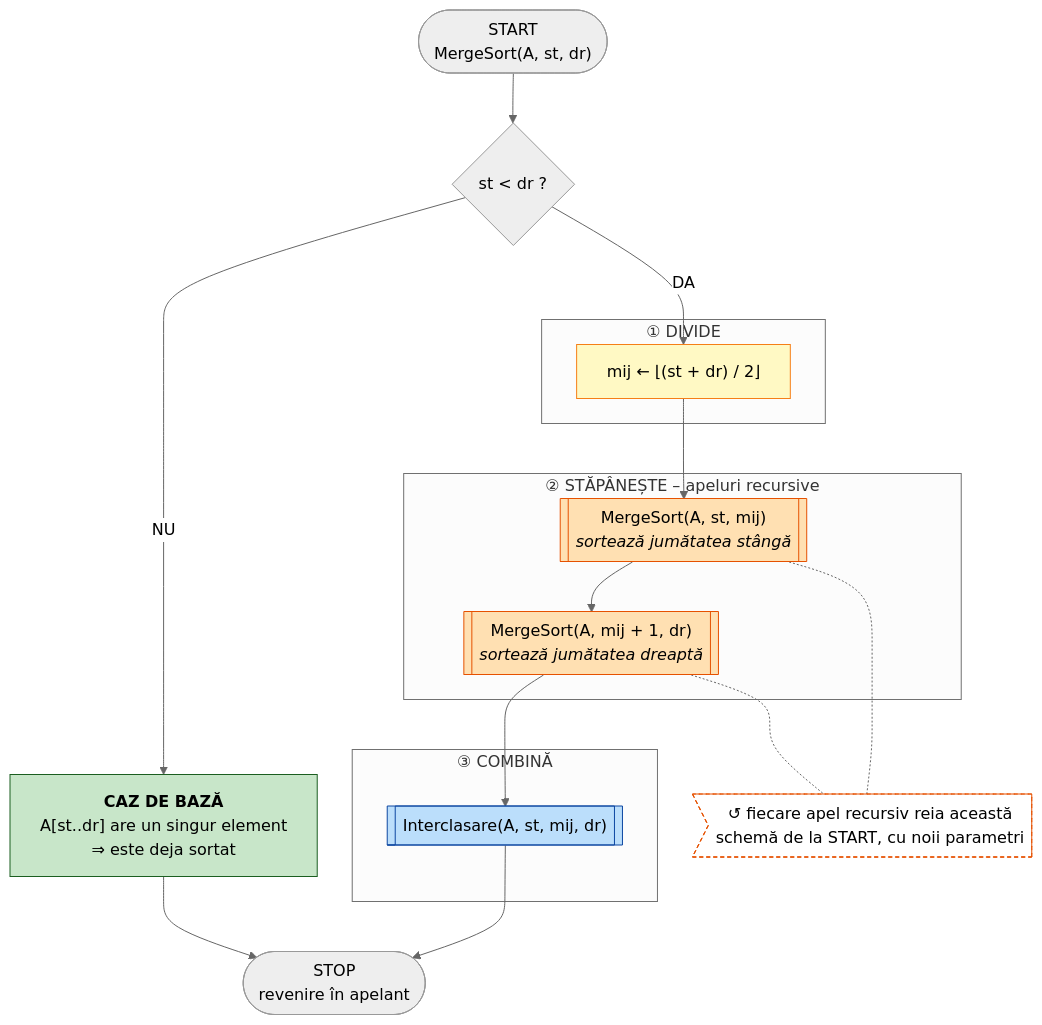
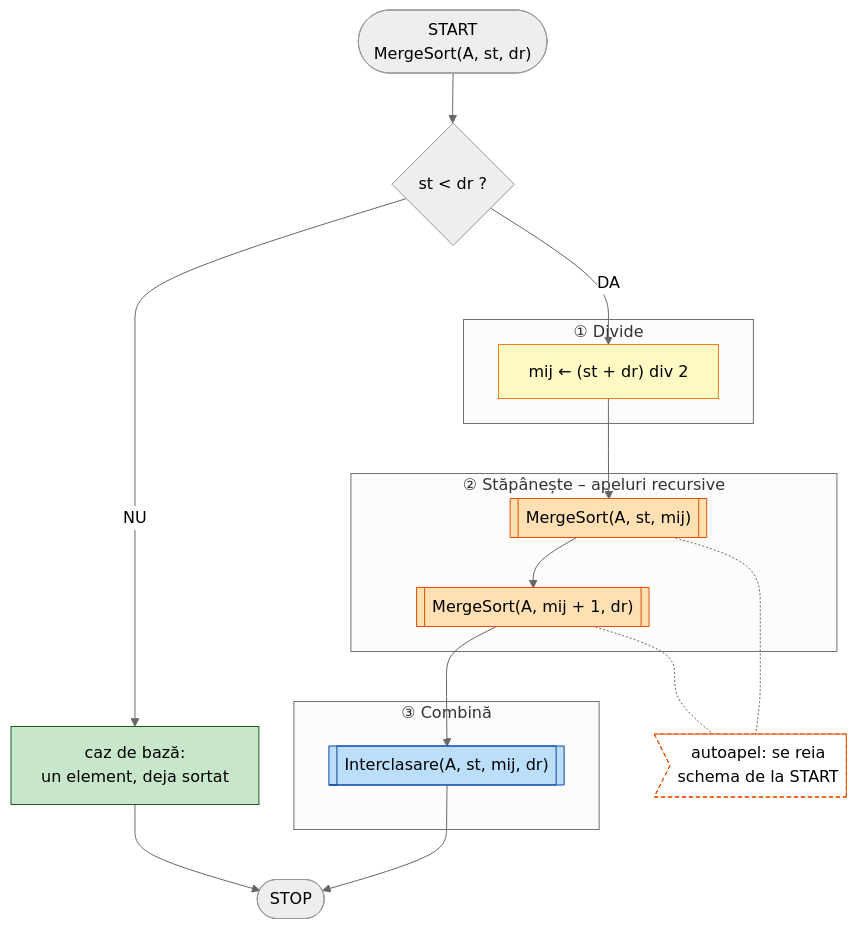
Before and after one commit to Traian71/college-work: the first of 2 diagrams in inginerie-software/merge-sort/README.md, drawn with Mermaid (neutral theme). The commit also changed other lines of this file and 9 other files, not shown here.

First line of the commit message:
Trim Merge Sort assignment to two pages

````diff
--- a/inginerie-software/merge-sort/README.md
+++ b/inginerie-software/merge-sort/README.md
@@ -203,39 +60,39 @@
 ```mermaid
 %%{init: {"flowchart": {"wrappingWidth": 400}}}%%
 flowchart TD
     S(["START<br/>MergeSort(A, st, dr)"]) --> C{"st < dr ?"}
-    C -- NU --> BAZA["<b>CAZ DE BAZĂ</b><br/>A[st..dr] are un singur element<br/>⇒ este deja sortat"]
+    C -- NU --> BAZA["caz de bază:<br/>un element, deja sortat"]
     C -- DA --> M
 
-    subgraph DIV ["① DIVIDE"]
-        M["mij ← ⌊(st + dr) / 2⌋"]
+    subgraph DIV ["① Divide"]
+        M["mij ← (st + dr) div 2"]
     end
-    subgraph STAP ["② STĂPÂNEȘTE – apeluri recursive"]
-        R1[["MergeSort(A, st, mij)<br/><i>sortează jumătatea stângă</i>"]]
-        R2[["MergeSort(A, mij + 1, dr)<br/><i>sortează jumătatea dreaptă</i>"]]
+    subgraph STAP ["② Stăpânește – apeluri recursive"]
+        R1[["MergeSort(A, st, mij)"]]
+        R2[["MergeSort(A, mij + 1, dr)"]]
     end
-    subgraph COMB ["③ COMBINĂ"]
+    subgraph COMB ["③ Combină"]
         I[["Interclasare(A, st, mij, dr)"]]
     end
 
     M --> R1
     R1 --> R2
     R2 --> I
-    I --> E(["STOP<br/>revenire în apelant"])
+    I --> E(["STOP"])
     BAZA --> E
 
-    NOTA>"↺ fiecare apel recursiv reia această<br/>schemă de la START, cu noii parametri"]
+    NOTA>"autoapel: se reia<br/>schema de la START"]
     R1 -.- NOTA
     R2 -.- NOTA
 
     classDef divide fill:#fff9c4,stroke:#f57f17,color:#000
     classDef recursiv fill:#ffe0b2,stroke:#e65100,color:#000
     classDef interclasare fill:#bbdefb,stroke:#0d47a1,color:#000
     classDef baza fill:#c8e6c9,stroke:#1b5e20,color:#000
     classDef nota fill:#fff,stroke:#e65100,stroke-dasharray:4 3,color:#000
     class M divide
     class R1,R2 recursiv
     class I interclasare
     class BAZA baza
     class NOTA nota
 ```
````
